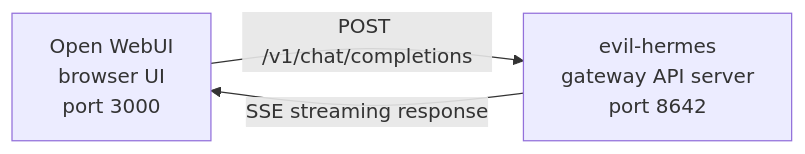
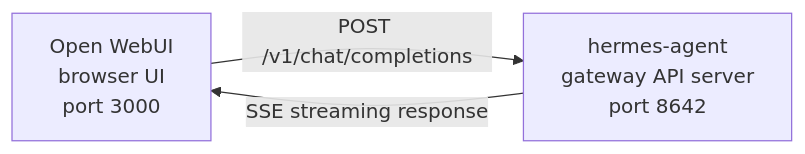
Before and after one commit to tanzeelshujahkhan/evil-hermes: the diagram in website/docs/user-guide/messaging/open-webui.md, drawn with Mermaid. The commit also changed other lines of this file and 821 other files, not shown here.

First line of the commit message:
Evil-Hermes rebrand: full file-level overlay

````diff
--- a/website/docs/user-guide/messaging/open-webui.md
+++ b/website/docs/user-guide/messaging/open-webui.md
@@ -13,7 +13,7 @@
 ```mermaid
 flowchart LR
     A["Open WebUI<br/>browser UI<br/>port 3000"]
-    B["evil-hermes<br/>gateway API server<br/>port 8642"]
+    B["hermes-agent<br/>gateway API server<br/>port 8642"]
     A -->|POST /v1/chat/completions| B
     B -->|SSE streaming response| A
 ```
````
